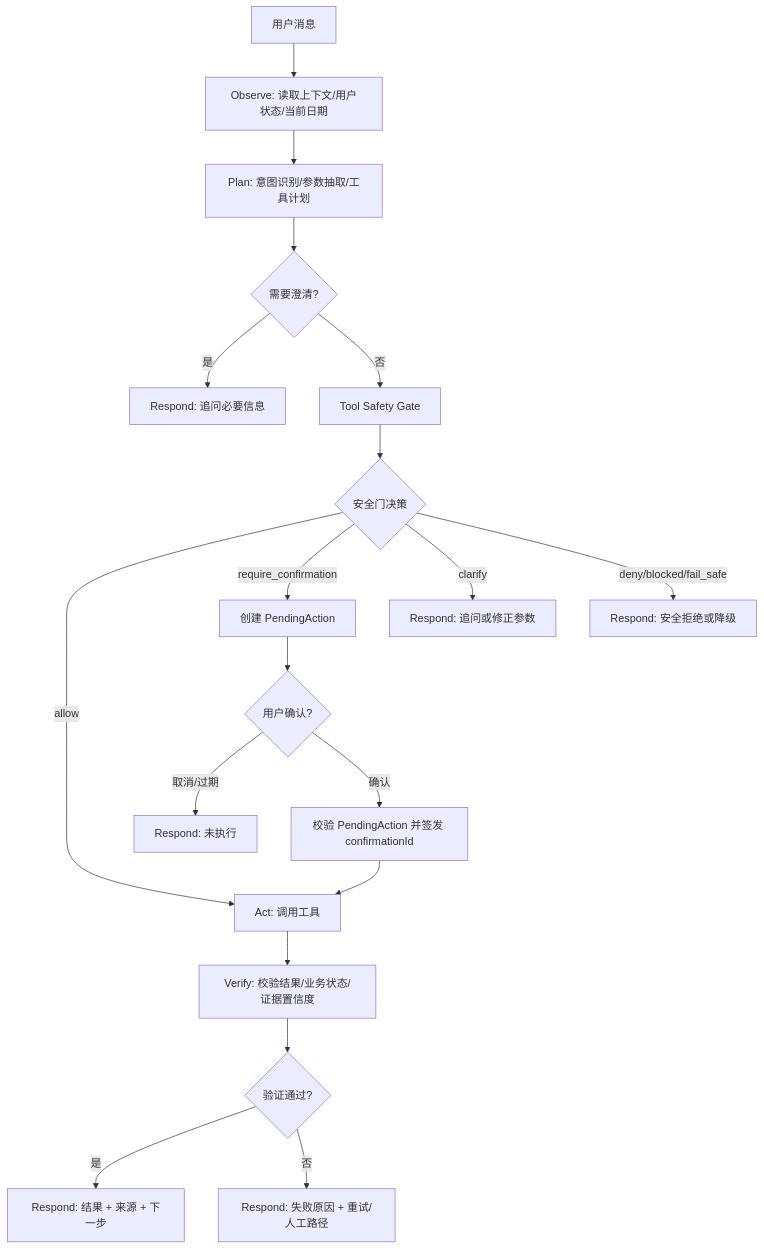
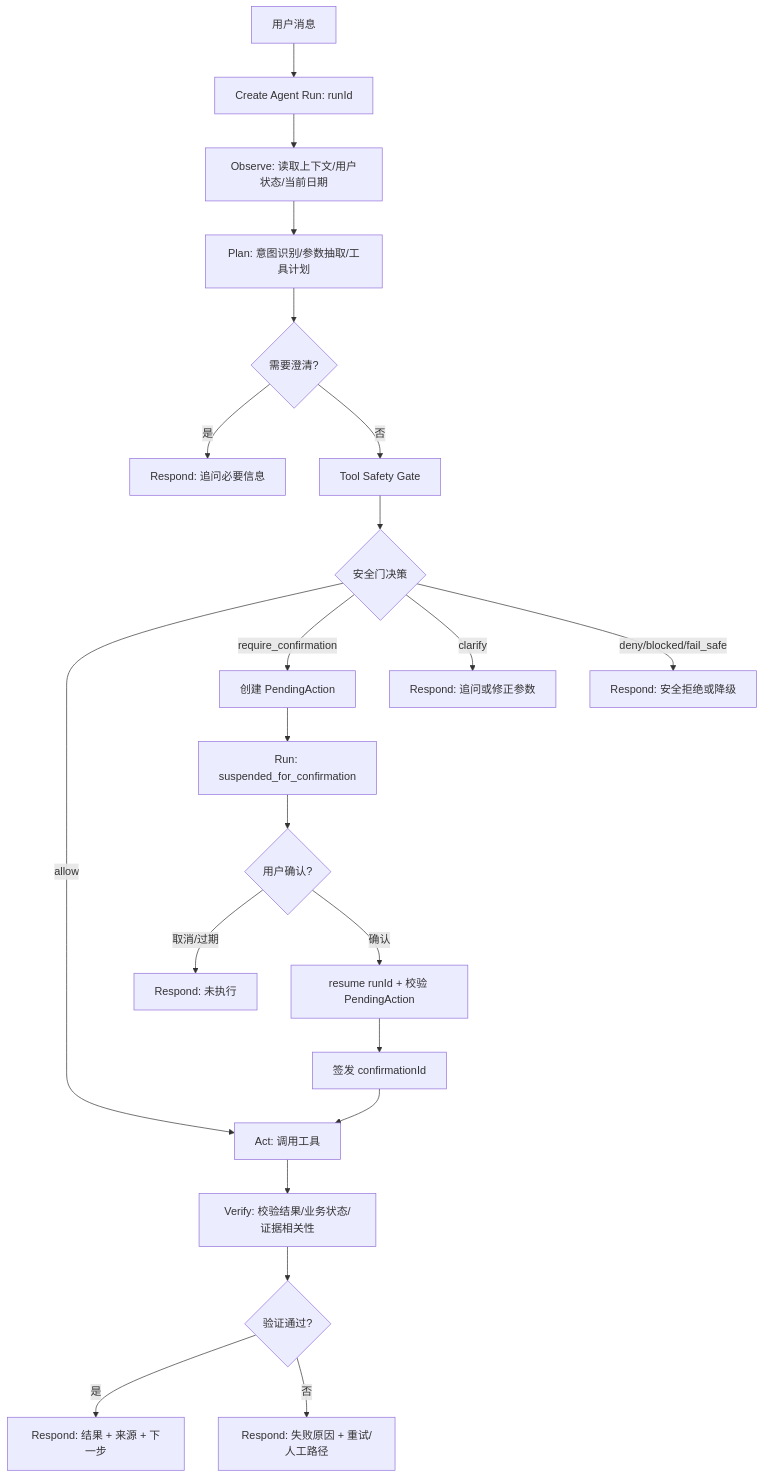
One commit to sotice/campus--agent changed the diagram in docs/AI_Agent设计文档.md. Above: the diagram before and after it, drawn with Mermaid. The commit also changed other lines of this file and 7 other files, not shown here.

Commit message:
Update documentation for Campus Agent system architecture and deployment instructions; enhance clarity on Agent Run state machine, PendingAction flow, and security measures. Introduce review整改说明 document outlining整改目标,问题与整改处方, and新的 MVP 策略 to address评审意见.

````diff
--- a/docs/AI_Agent设计文档.md
+++ b/docs/AI_Agent设计文档.md
@@ -52,21 +54,24 @@
 ```mermaid
 flowchart TD
-    A[用户消息] --> B[Observe: 读取上下文/用户状态/当前日期]
+    A[用户消息] --> A1[Create Agent Run: runId]
+    A1 --> B[Observe: 读取上下文/用户状态/当前日期]
     B --> C[Plan: 意图识别/参数抽取/工具计划]
     C --> D{需要澄清?}
     D -- 是 --> R1[Respond: 追问必要信息]
     D -- 否 --> E[Tool Safety Gate]
     E --> F{安全门决策}
     F -- allow --> G[Act: 调用工具]
     F -- require_confirmation --> H[创建 PendingAction]
     F -- clarify --> R2[Respond: 追问或修正参数]
     F -- deny/blocked/fail_safe --> R3[Respond: 安全拒绝或降级]
-    H --> I{用户确认?}
+    H --> H1[Run: suspended_for_confirmation]
+    H1 --> I{用户确认?}
     I -- 取消/过期 --> R4[Respond: 未执行]
-    I -- 确认 --> J[校验 PendingAction 并签发 confirmationId]
-    J --> G
-    G --> K[Verify: 校验结果/业务状态/证据置信度]
+    I -- 确认 --> J[resume runId + 校验 PendingAction]
+    J --> J1[签发 confirmationId]
+    J1 --> G
+    G --> K[Verify: 校验结果/业务状态/证据相关性]
     K --> L{验证通过?}
     L -- 是 --> M[Respond: 结果 + 来源 + 下一步]
     L -- 否 --> N[Respond: 失败原因 + 重试/人工路径]
 ```
````
